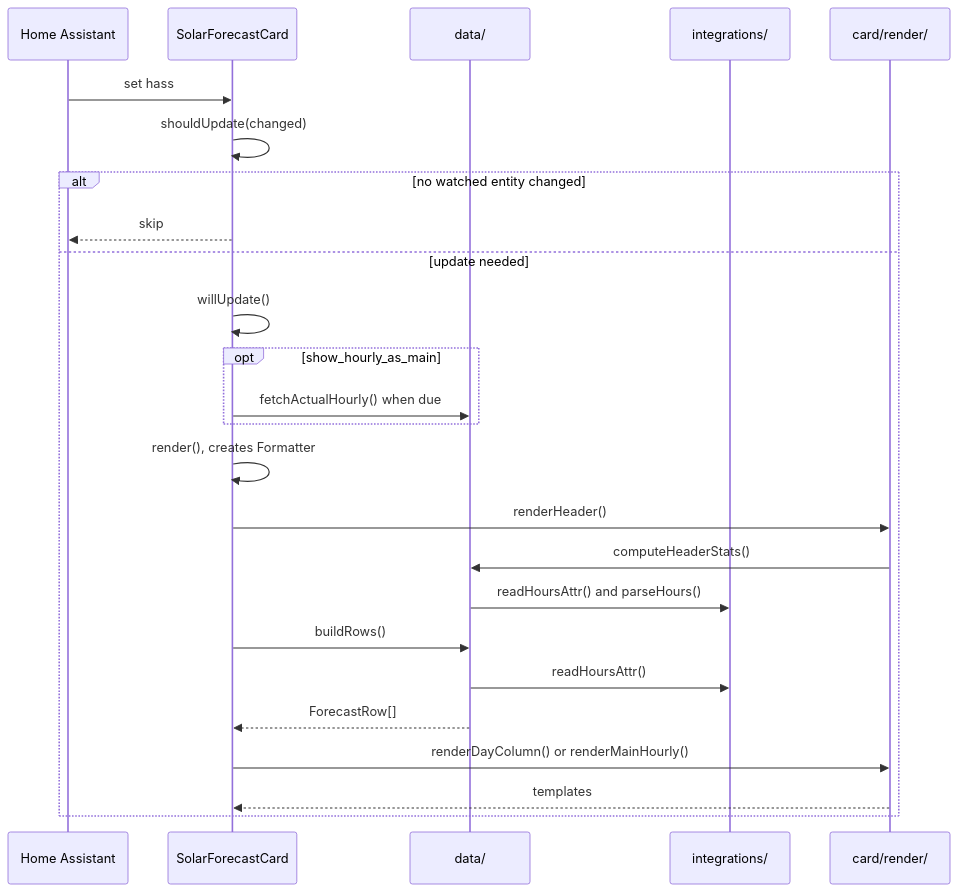
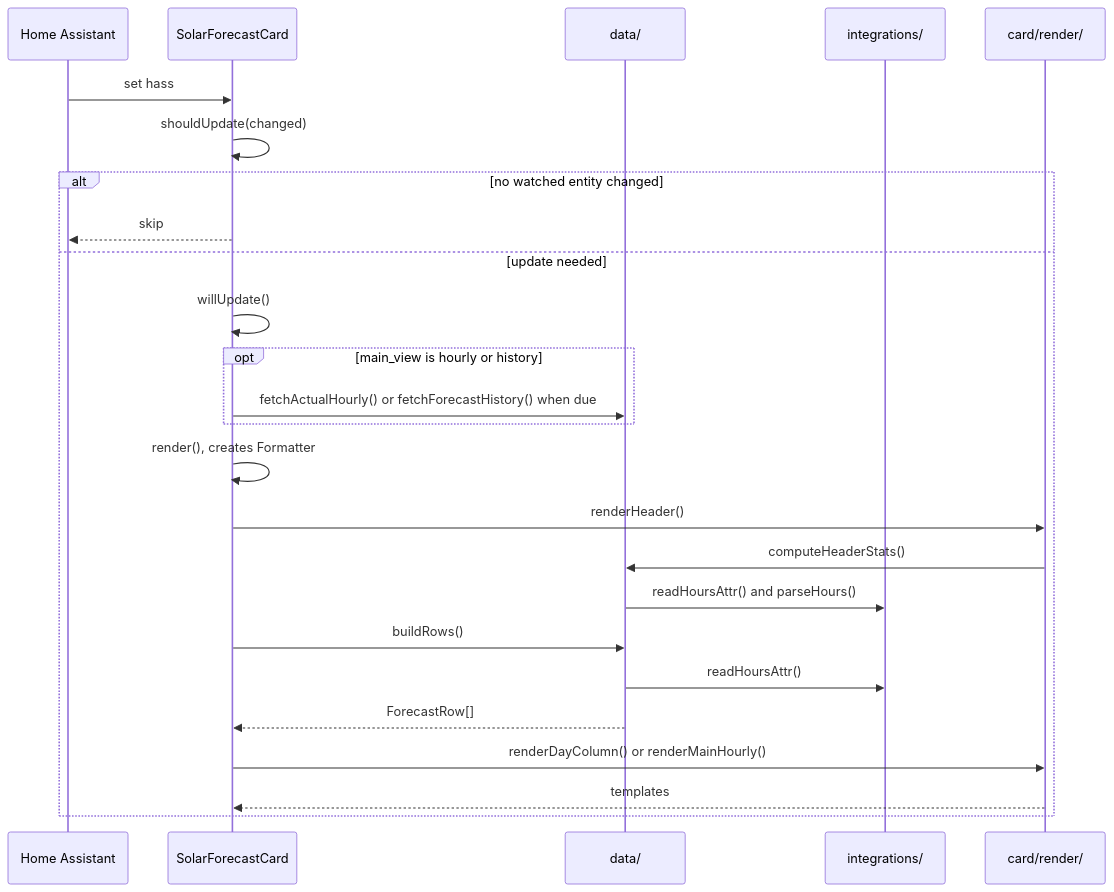
The third of 4 diagrams in docs/developer-guide.md (AshGSmith/solar-forecast-card), drawn with Mermaid before and after one commit. The commit also changed other lines of this file and 80 other files, not shown here.

First line of the commit message:
Add forecast history view and main view setting

````diff
--- a/docs/developer-guide.md
+++ b/docs/developer-guide.md
@@ -277,28 +293,28 @@
 ```mermaid
 sequenceDiagram
     participant HA as Home Assistant
     participant Card as SolarForecastCard
     participant Data as data/
     participant Int as integrations/
     participant View as card/render/
 
     HA->>Card: set hass
     Card->>Card: shouldUpdate(changed)
     alt no watched entity changed
         Card-->>HA: skip
     else update needed
         Card->>Card: willUpdate()
-        opt show_hourly_as_main
-            Card->>Data: fetchActualHourly() when due
+        opt main_view is hourly or history
+            Card->>Data: fetchActualHourly() or fetchForecastHistory() when due
         end
         Card->>Card: render(), creates Formatter
         Card->>View: renderHeader()
         View->>Data: computeHeaderStats()
         Data->>Int: readHoursAttr() and parseHours()
         Card->>Data: buildRows()
         Data->>Int: readHoursAttr()
         Data-->>Card: ForecastRow[]
         Card->>View: renderDayColumn() or renderMainHourly()
         View-->>Card: templates
     end
 ```
````
